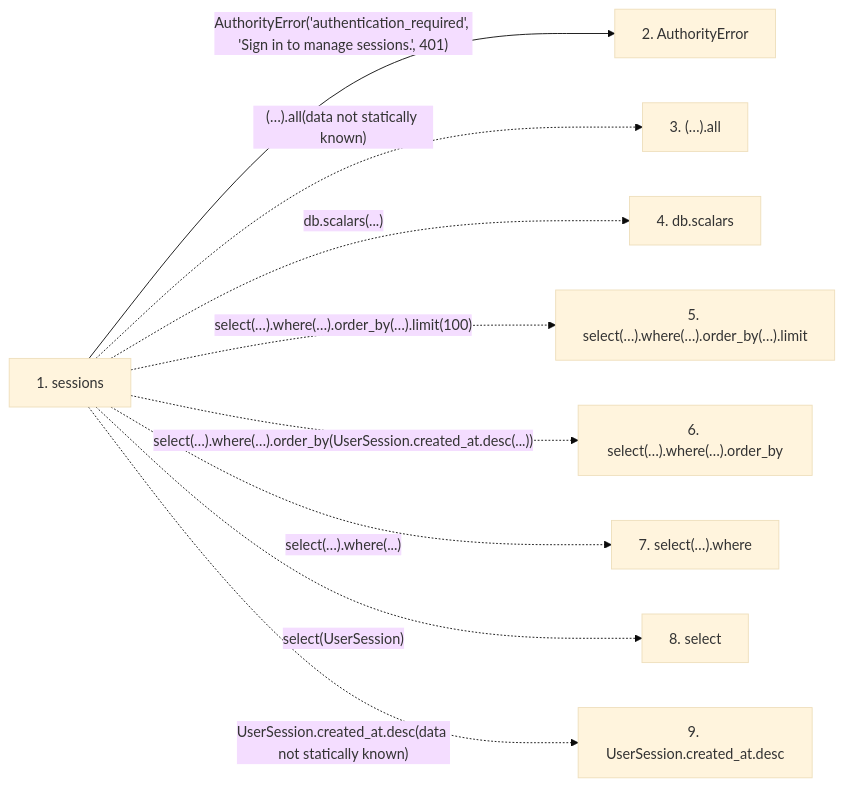
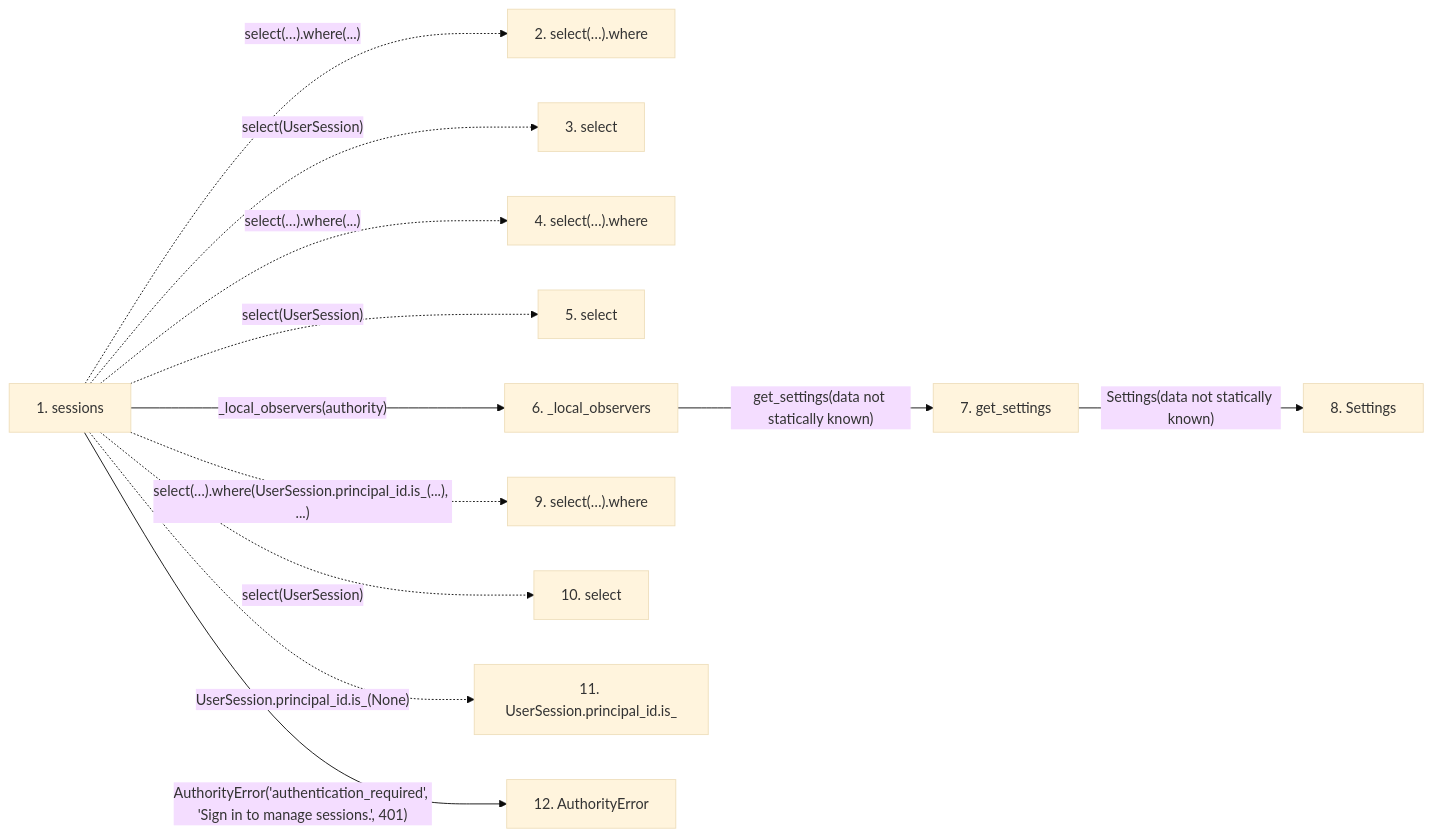
One commit to Denissvgn/WorkChord changed the second of 2 diagrams in docs/llm_wiki/flows/http-sessions.md. Above: the diagram before and after it, drawn with Mermaid (base theme). The commit also changed other lines of this file and 1048 other files, not shown here.

````diff
--- a/docs/llm_wiki/flows/http-sessions.md
+++ b/docs/llm_wiki/flows/http-sessions.md
@@ -65,22 +82,31 @@
 ```mermaid
 flowchart LR
     s1["1. sessions"]
-    s2["2. AuthorityError"]
-    s3["3. (…).all"]
-    s4["4. db.scalars"]
-    s5["5. select(…).where(…).order_by(…).limit"]
-    s6["6. select(…).where(…).order_by"]
-    s7["7. select(…).where"]
-    s8["8. select"]
-    s9["9. UserSession.created_at.desc"]
-    s1 -->|"AuthorityError('authentication_required', 'Sign in to manage sessions.', 401)"| s2
-    s1 -. "(…).all(data not statically known)" .-> s3
-    s1 -. "db.scalars(...)" .-> s4
-    s1 -. "select(…).where(…).order_by(…).limit(100)" .-> s5
-    s1 -. "select(…).where(…).order_by(UserSession.created_at.desc(...))" .-> s6
-    s1 -. "select(…).where(...)" .-> s7
-    s1 -. "select(UserSession)" .-> s8
-    s1 -. "UserSession.created_at.desc(data not statically known)" .-> s9
+    s2["2. select(…).where"]
+    s3["3. select"]
+    s4["4. select(…).where"]
+    s5["5. select"]
+    s6["6. _local_observers"]
+    s7["7. get_settings"]
+    s8["8. Settings"]
+    s9["9. select(…).where"]
+    s10["10. select"]
+    s11["11. UserSession.principal_id.is_"]
+    s12["12. AuthorityError"]
+    s1 -. "select(…).where(...)" .-> s2
+    s1 -. "select(UserSession)" .-> s3
+    s1 -. "select(…).where(...)" .-> s4
+    s1 -. "select(UserSession)" .-> s5
+    s1 -->|"_local_observers(authority)"| s6
+    s6 -->|"get_settings(data not statically known)"| s7
+    s7 -->|"Settings(data not statically known)"| s8
+    s1 -. "select(…).where(UserSession.principal_id.is_(...), ...)" .-> s9
+    s1 -. "select(UserSession)" .-> s10
+    s1 -. "UserSession.principal_id.is_(None)" .-> s11
+    s1 -->|"AuthorityError('authentication_required', 'Sign in to manage sessions.', 401)"| s12
     click s1 "../modules/routers_identity.md"
-    click s2 "../modules/authority.md"
+    click s6 "../modules/routers_identity.md"
+    click s7 "../modules/config.md"
+    click s8 "../modules/config.md"
+    click s12 "../modules/authority.md"
 ```
````
